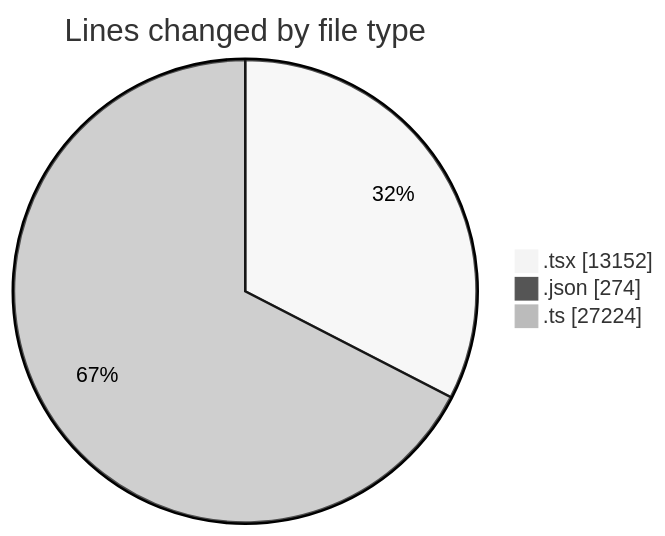
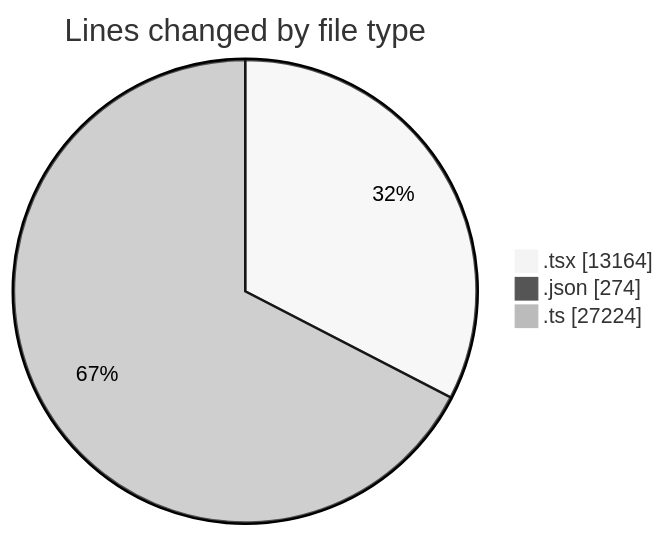
One commit to momahboobian/code-tracking changed the first of 2 diagrams in 2026-11-13/broadcaster-v6-feature/README.md. Above: the diagram before and after it, drawn with Mermaid (neutral theme). The commit also changed other lines of this file and 1 other file, not shown here.

````diff
--- a/2026-11-13/broadcaster-v6-feature/README.md
+++ b/2026-11-13/broadcaster-v6-feature/README.md
@@ -75,7 +75,7 @@
 ```mermaid
 pie showData
 title Lines changed by file type
-".tsx" : 13152
+".tsx" : 13164
 ".json" : 274
 ".ts" : 27224
 ```
````
